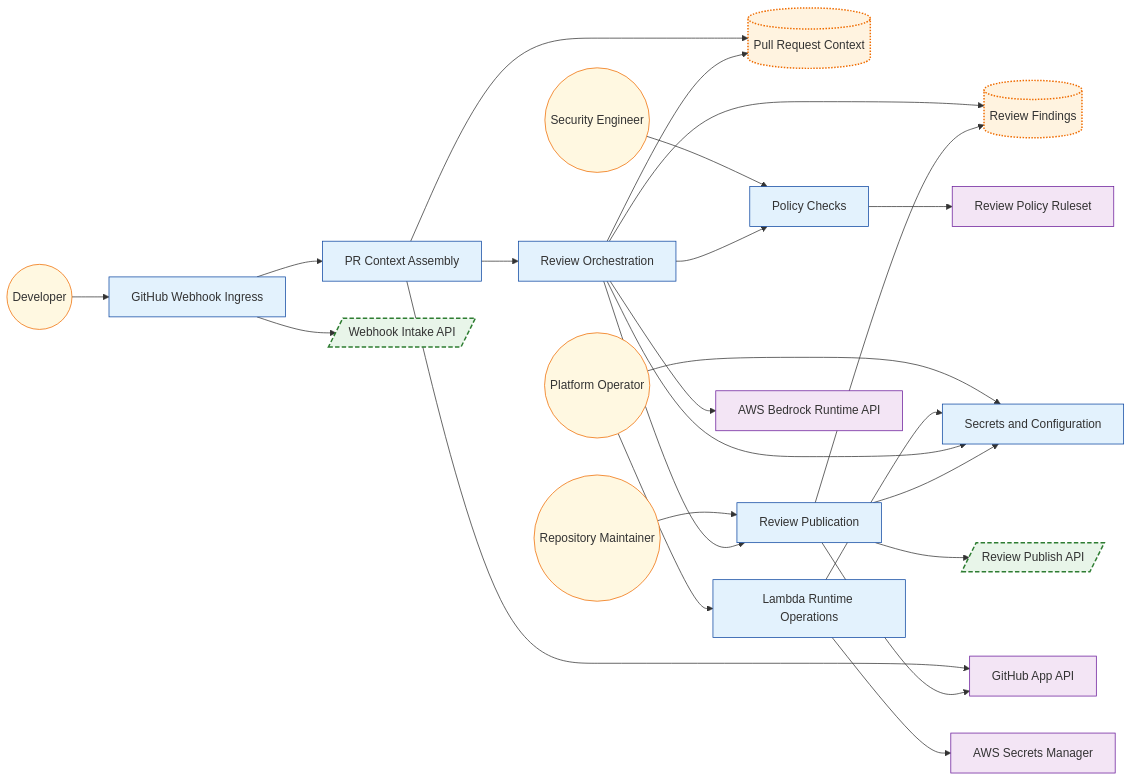
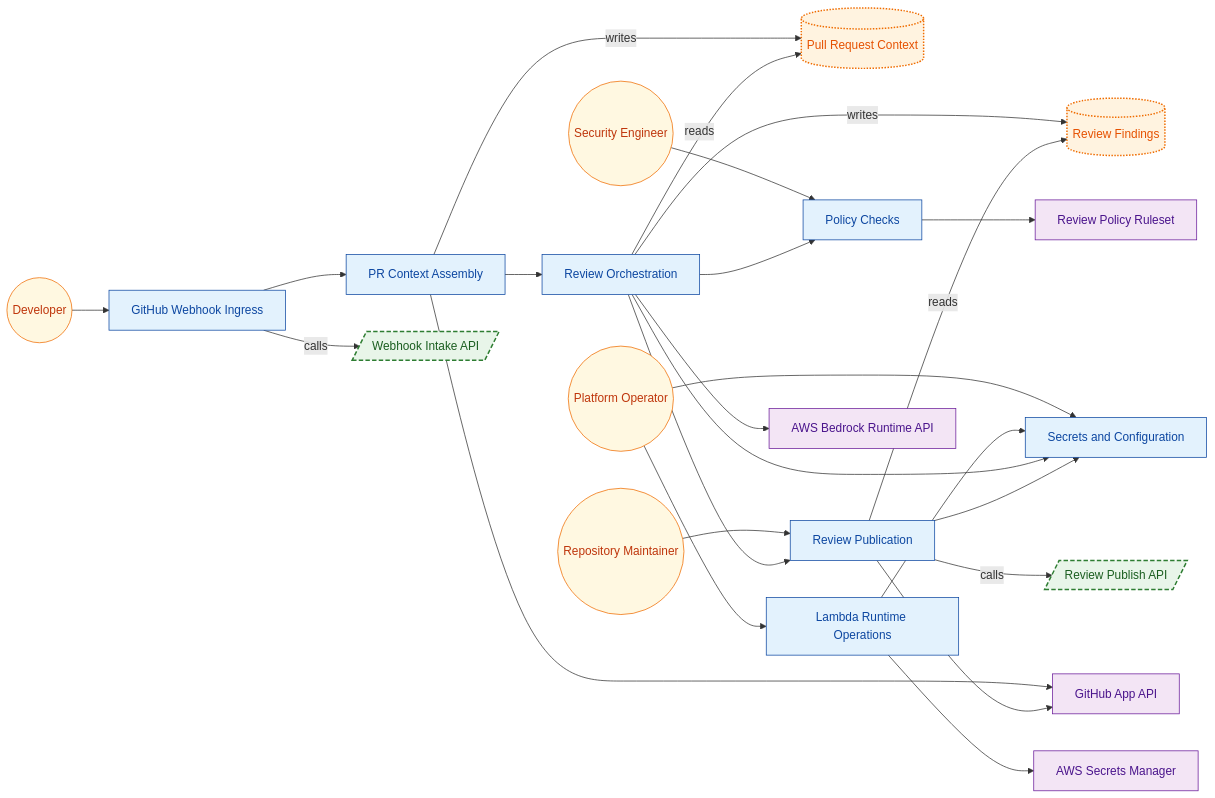
One commit to labeth/engineering-model-go changed the diagram in examples/bedrock-pr-review-github-app-sample/generated/VIEW-COMMUNICATION.mmd. Above: the diagram before and after it, drawn with Mermaid. The commit also changed 66 other files, not shown here.

Commit message:
Add first-class architecture decision records

```diff
--- a/examples/bedrock-pr-review-github-app-sample/generated/VIEW-COMMUNICATION.mmd
+++ b/examples/bedrock-pr-review-github-app-sample/generated/VIEW-COMMUNICATION.mmd
@@ -1,59 +1,65 @@
 flowchart LR
 %% view: VIEW-COMMUNICATION (communication)
 N_ACT_DEVELOPER(("Developer")):::actor
 N_ACT_PLATFORM_OPERATOR(("Platform Operator")):::actor
 N_ACT_REPOSITORY_MAINTAINER(("Repository Maintainer")):::actor
 N_ACT_SECURITY_ENGINEER(("Security Engineer")):::actor
 N_DO_BEDROCK_PR_CONTEXT[("Pull Request Context")]:::data_object
 N_DO_BEDROCK_REVIEW_FINDINGS[("Review Findings")]:::data_object
 N_FU_GITHUB_WEBHOOK_INGRESS["GitHub Webhook Ingress"]:::functional_unit
 N_FU_LAMBDA_RUNTIME_OPERATIONS["Lambda Runtime Operations"]:::functional_unit
 N_FU_POLICY_CHECKS["Policy Checks"]:::functional_unit
 N_FU_PR_CONTEXT_ASSEMBLY["PR Context Assembly"]:::functional_unit
 N_FU_REVIEW_ORCHESTRATION["Review Orchestration"]:::functional_unit
 N_FU_REVIEW_PUBLICATION["Review Publication"]:::functional_unit
 N_FU_SECRETS_CONFIGURATION["Secrets and Configuration"]:::functional_unit
 N_IF_BEDROCK_REVIEW_PUBLISH_API[/"Review Publish API"/]:::interface
 N_IF_BEDROCK_WEBHOOK_API[/"Webhook Intake API"/]:::interface
 N_REF_AWS_BEDROCK_RUNTIME["AWS Bedrock Runtime API"]:::referenced_element
 N_REF_AWS_SECRETS_MANAGER["AWS Secrets Manager"]:::referenced_element
 N_REF_GITHUB_APP_API["GitHub App API"]:::referenced_element
 N_REF_POLICY_RULESET["Review Policy Ruleset"]:::referenced_element
 N_ACT_DEVELOPER --> N_FU_GITHUB_WEBHOOK_INGRESS
 N_ACT_PLATFORM_OPERATOR --> N_FU_LAMBDA_RUNTIME_OPERATIONS
 N_ACT_PLATFORM_OPERATOR --> N_FU_SECRETS_CONFIGURATION
 N_ACT_REPOSITORY_MAINTAINER --> N_FU_REVIEW_PUBLICATION
 N_ACT_SECURITY_ENGINEER --> N_FU_POLICY_CHECKS
 N_FU_GITHUB_WEBHOOK_INGRESS --> N_FU_PR_CONTEXT_ASSEMBLY
-N_FU_GITHUB_WEBHOOK_INGRESS --> N_IF_BEDROCK_WEBHOOK_API
+N_FU_GITHUB_WEBHOOK_INGRESS -->|calls| N_IF_BEDROCK_WEBHOOK_API
 N_FU_LAMBDA_RUNTIME_OPERATIONS --> N_FU_SECRETS_CONFIGURATION
 N_FU_LAMBDA_RUNTIME_OPERATIONS --> N_REF_AWS_SECRETS_MANAGER
 N_FU_POLICY_CHECKS --> N_REF_POLICY_RULESET
-N_FU_PR_CONTEXT_ASSEMBLY --> N_DO_BEDROCK_PR_CONTEXT
+N_FU_PR_CONTEXT_ASSEMBLY -->|writes| N_DO_BEDROCK_PR_CONTEXT
 N_FU_PR_CONTEXT_ASSEMBLY --> N_FU_REVIEW_ORCHESTRATION
 N_FU_PR_CONTEXT_ASSEMBLY --> N_REF_GITHUB_APP_API
-N_FU_REVIEW_ORCHESTRATION --> N_DO_BEDROCK_PR_CONTEXT
-N_FU_REVIEW_ORCHESTRATION --> N_DO_BEDROCK_REVIEW_FINDINGS
+N_FU_REVIEW_ORCHESTRATION -->|reads| N_DO_BEDROCK_PR_CONTEXT
+N_FU_REVIEW_ORCHESTRATION -->|writes| N_DO_BEDROCK_REVIEW_FINDINGS
 N_FU_REVIEW_ORCHESTRATION --> N_FU_POLICY_CHECKS
 N_FU_REVIEW_ORCHESTRATION --> N_FU_REVIEW_PUBLICATION
 N_FU_REVIEW_ORCHESTRATION --> N_FU_SECRETS_CONFIGURATION
 N_FU_REVIEW_ORCHESTRATION --> N_REF_AWS_BEDROCK_RUNTIME
-N_FU_REVIEW_PUBLICATION --> N_DO_BEDROCK_REVIEW_FINDINGS
+N_FU_REVIEW_PUBLICATION -->|reads| N_DO_BEDROCK_REVIEW_FINDINGS
 N_FU_REVIEW_PUBLICATION --> N_FU_SECRETS_CONFIGURATION
-N_FU_REVIEW_PUBLICATION --> N_IF_BEDROCK_REVIEW_PUBLISH_API
+N_FU_REVIEW_PUBLICATION -->|calls| N_IF_BEDROCK_REVIEW_PUBLISH_API
 N_FU_REVIEW_PUBLICATION --> N_REF_GITHUB_APP_API
-classDef functional_group fill:#e8f5e9,stroke:#1b5e20,stroke-width:1px;
-classDef functional_unit fill:#e3f2fd,stroke:#0d47a1,stroke-width:1px;
-classDef actor fill:#fff8e1,stroke:#ef6c00,stroke-width:1px;
-classDef attack_vector fill:#ffebee,stroke:#b71c1c,stroke-width:1px;
-classDef referenced_element fill:#f3e5f5,stroke:#6a1b9a,stroke-width:1px;
-classDef interface fill:#e8f5e9,stroke:#2e7d32,stroke-width:2px,stroke-dasharray: 6 3;
-classDef data_object fill:#fff3e0,stroke:#ef6c00,stroke-width:2px,stroke-dasharray: 2 2;
-classDef deployment_target fill:#ede7f6,stroke:#5e35b1,stroke-width:1px;
-classDef control fill:#fce4ec,stroke:#ad1457,stroke-width:1px;
-classDef trust_boundary fill:#e0f7fa,stroke:#006064,stroke-width:2px,stroke-dasharray: 10 4;
-classDef state fill:#e1f5fe,stroke:#0277bd,stroke-width:1px;
-classDef event fill:#fffde7,stroke:#f9a825,stroke-width:1px;
-classDef flow fill:#ede7f6,stroke:#4527a0,stroke-width:2px;
-classDef flow_step fill:#f1f8e9,stroke:#33691e,stroke-width:2px;
-classDef unknown fill:#ffffff,stroke:#adb5bd,stroke-width:1px;
+classDef system_boundary fill:#f5f5f5,stroke:#424242,stroke-width:2px,color:#212121;
+classDef functional_group fill:#e8f5e9,stroke:#1b5e20,stroke-width:1px,color:#1b5e20;
+classDef functional_unit fill:#e3f2fd,stroke:#0d47a1,stroke-width:1px,color:#0d47a1;
+classDef actor fill:#fff8e1,stroke:#ef6c00,stroke-width:1px,color:#bf360c;
+classDef attack_vector fill:#ffebee,stroke:#b71c1c,stroke-width:1px,color:#7f0000;
+classDef referenced_element fill:#f3e5f5,stroke:#6a1b9a,stroke-width:1px,color:#4a148c;
+classDef interface fill:#e8f5e9,stroke:#2e7d32,stroke-width:2px,stroke-dasharray: 6 3,color:#1b5e20;
+classDef data_object fill:#fff3e0,stroke:#ef6c00,stroke-width:2px,stroke-dasharray: 2 2,color:#e65100;
+classDef deployment_target fill:#ede7f6,stroke:#5e35b1,stroke-width:1px,color:#4527a0;
+classDef control fill:#fce4ec,stroke:#ad1457,stroke-width:1px,color:#880e4f;
+classDef trust_boundary fill:#e0f7fa,stroke:#006064,stroke-width:2px,stroke-dasharray: 10 4,color:#004d40;
+classDef state fill:#e1f5fe,stroke:#0277bd,stroke-width:1px,color:#01579b;
+classDef event fill:#fffde7,stroke:#f9a825,stroke-width:1px,color:#f57f17;
+classDef flow fill:#ede7f6,stroke:#4527a0,stroke-width:2px,color:#311b92;
+classDef flow_step fill:#f1f8e9,stroke:#33691e,stroke-width:2px,color:#1b5e20;
+classDef requirement fill:#fffde7,stroke:#f9a825,stroke-width:1px,color:#7f6000;
+classDef verification fill:#fce4ec,stroke:#ad1457,stroke-width:1px,color:#880e4f;
+classDef runtime_element fill:#b2ebf2,stroke:#00838f,stroke-width:1px,color:#006064;
+classDef deployment_element fill:#d7ccc8,stroke:#4e342e,stroke-width:1px,color:#2f1b14;
+classDef code_element fill:#eceff1,stroke:#37474f,stroke-width:1px,color:#263238;
+classDef unknown fill:#ffffff,stroke:#adb5bd,stroke-width:1px,color:#4f5b62;
```
